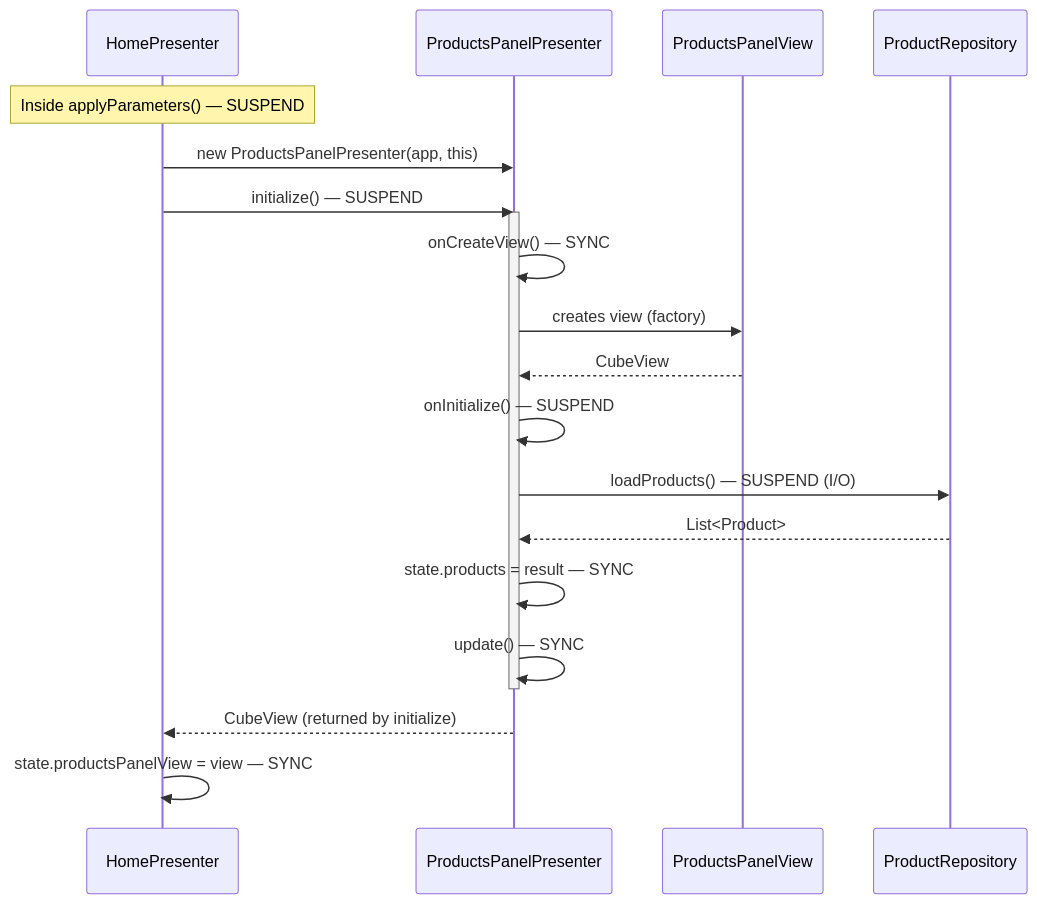
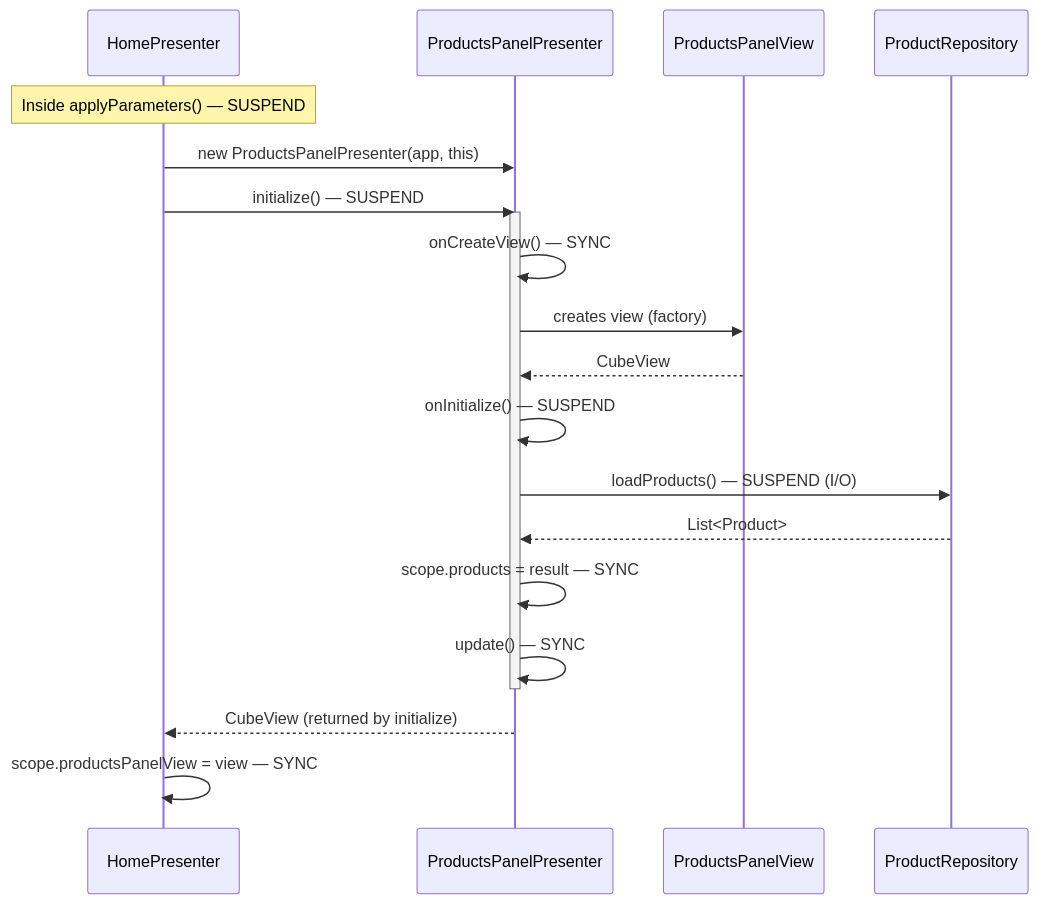
Before and after one commit to mrcdom/wdc-cube-kotlin: diagram 15 of 19 in docs/architecture-cube.md, drawn with Mermaid. The commit also changed other lines of this file and 117 other files, not shown here.

First line of the commit message:
refactor(cube): ViewState becomes Scope, in code, protocol and docs

````diff
--- a/docs/architecture-cube.md
+++ b/docs/architecture-cube.md
@@ -842,27 +844,27 @@
 ```mermaid
 sequenceDiagram
     participant Parent as HomePresenter
     participant Child as ProductsPanelPresenter
     participant View as ProductsPanelView
     participant Repo as ProductRepository
 
     Note over Parent: Inside applyParameters() — SUSPEND
 
     Parent->>Child: new ProductsPanelPresenter(app, this)
     Parent->>Child: initialize() — SUSPEND
 
     activate Child
     Child->>Child: onCreateView() — SYNC
     Child->>View: creates view (factory)
     View-->>Child: CubeView
 
     Child->>Child: onInitialize() — SUSPEND
     Child->>Repo: loadProducts() — SUSPEND (I/O)
     Repo-->>Child: List<Product>
-    Child->>Child: state.products = result — SYNC
+    Child->>Child: scope.products = result — SYNC
     Child->>Child: update() — SYNC
     deactivate Child
 
     Child-->>Parent: CubeView (returned by initialize)
-    Parent->>Parent: state.productsPanelView = view — SYNC
+    Parent->>Parent: scope.productsPanelView = view — SYNC
 ```
````
